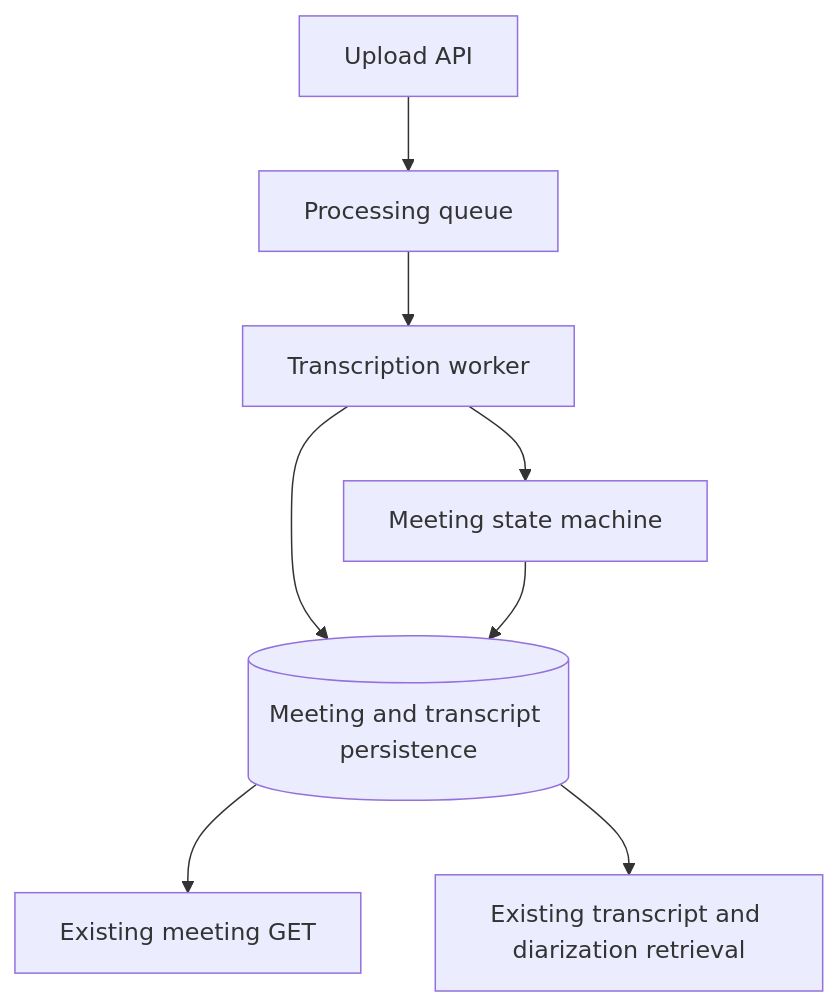
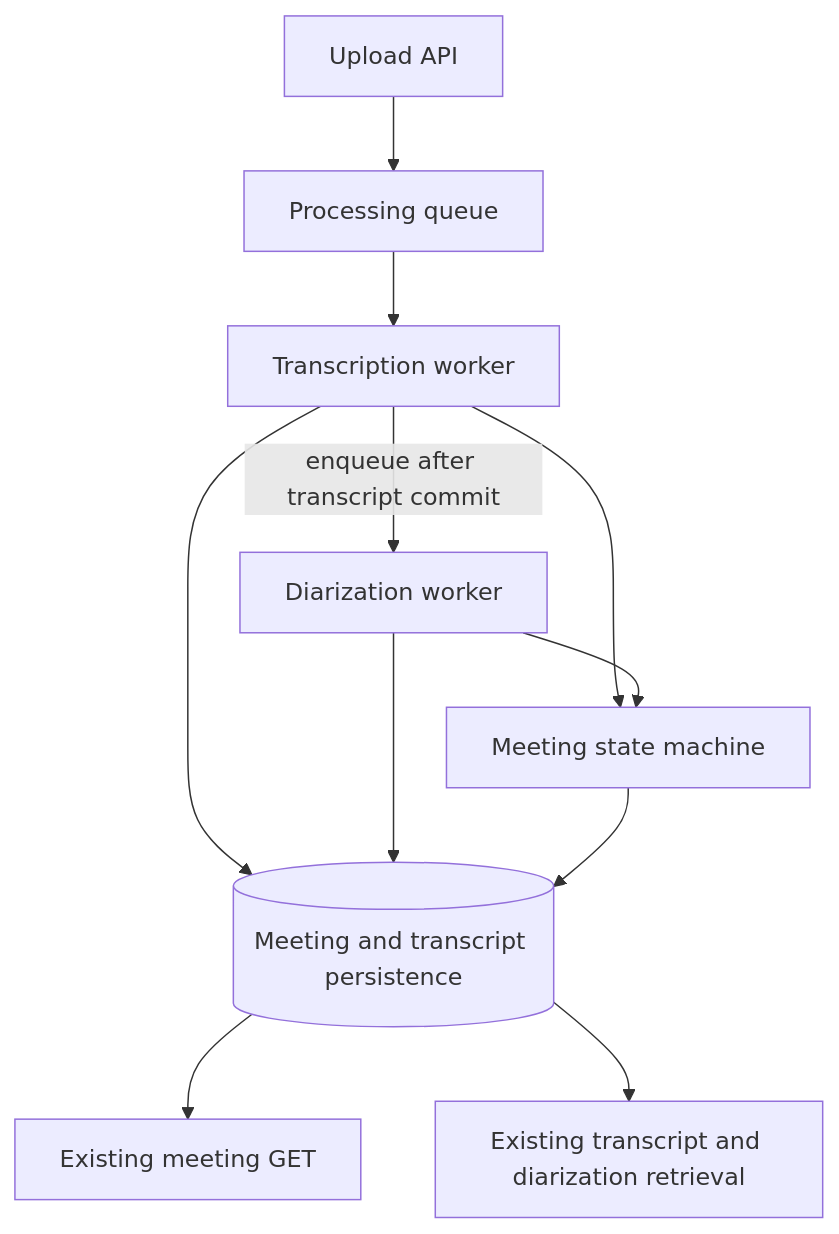
One commit to lufermalgo/sauri changed the first of 2 diagrams in .spectra/specs/fix-meeting-completion-state/design.md. Above: the diagram before and after it, drawn with Mermaid. The commit also changed other lines of this file, not shown here.

Commit message:
docs(spec): gate meeting completion on diarization

````diff
--- a/.spectra/specs/fix-meeting-completion-state/design.md
+++ b/.spectra/specs/fix-meeting-completion-state/design.md
@@ -31,10 +32,13 @@
 ```mermaid
 graph TD
     U[Upload API] --> Q[Processing queue]
     Q --> W[Transcription worker]
     W --> SM[Meeting state machine]
     W --> DB[(Meeting and transcript persistence)]
+    W -->|enqueue after transcript commit| D[Diarization worker]
+    D --> SM
+    D --> DB
     SM --> DB
     DB --> MR[Existing meeting GET]
     DB --> TR[Existing transcript and diarization retrieval]
 ```
````
